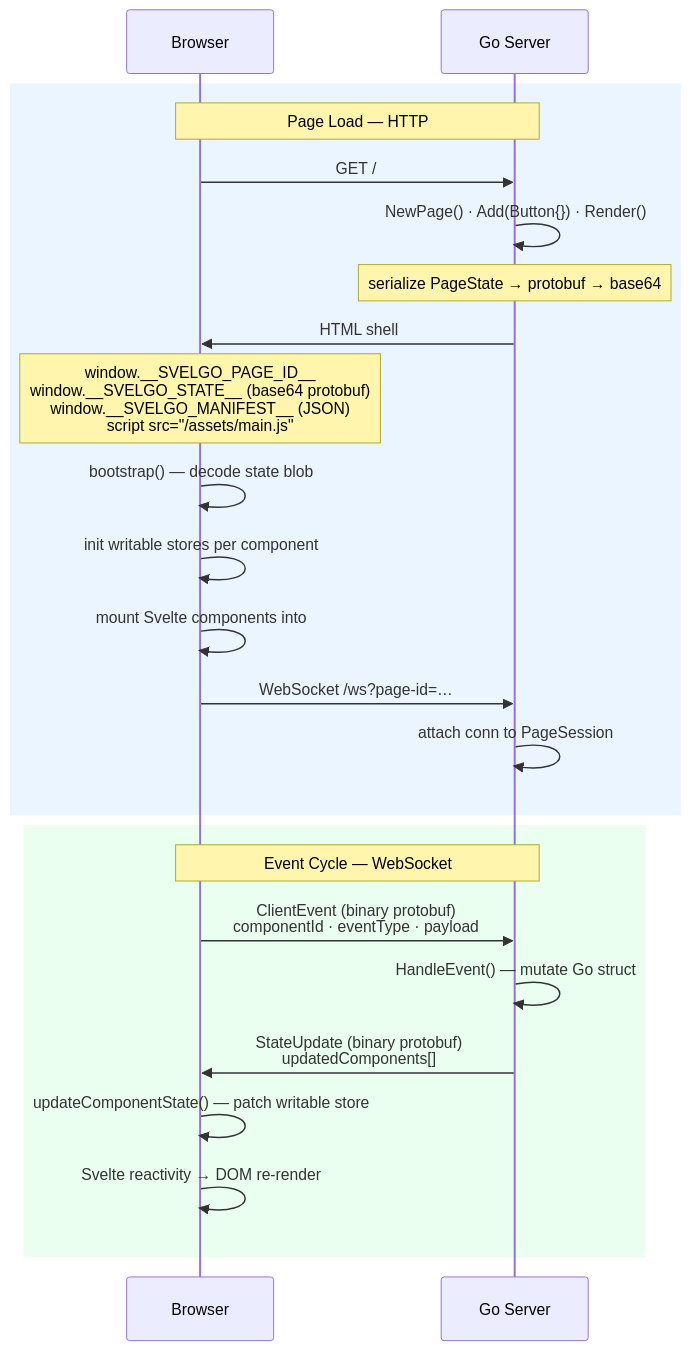
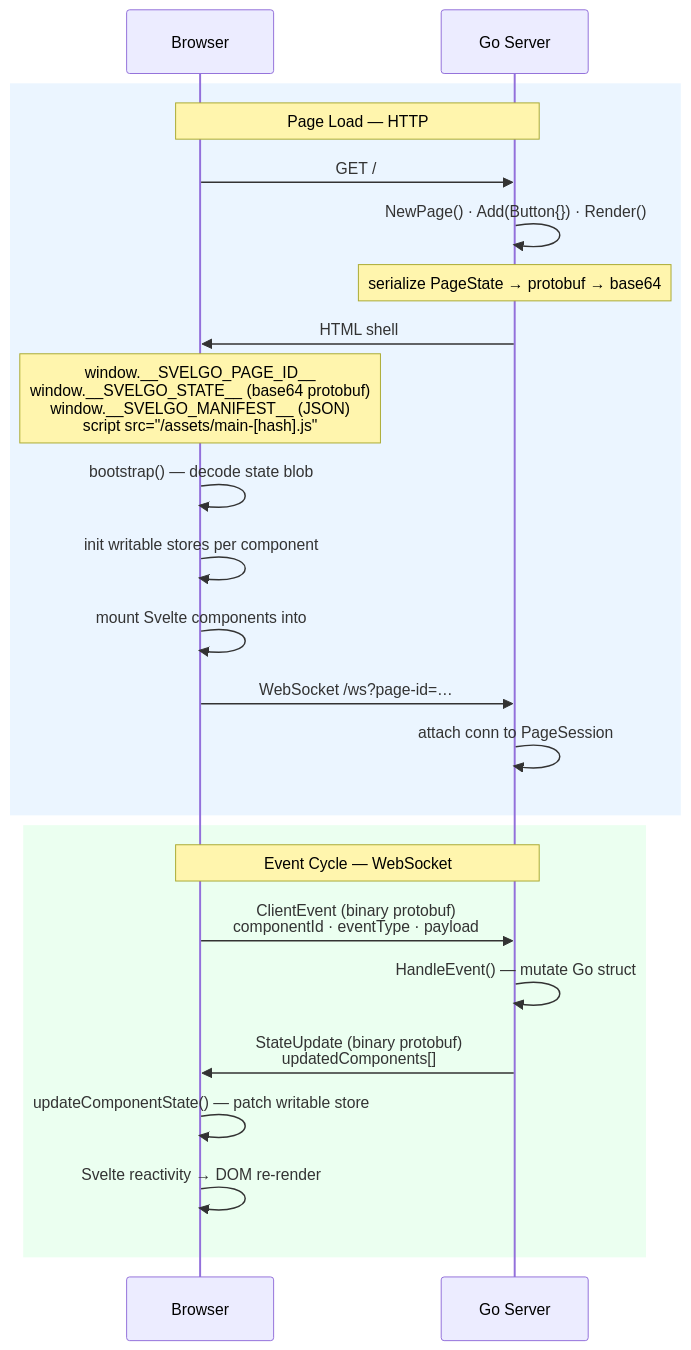
Before and after one commit to hawkhero/SvelGo: the diagram in doc/Overview.md, drawn with Mermaid. The commit also changed other lines of this file and 19 other files, not shown here.

````diff
--- a/doc/Overview.md
+++ b/doc/Overview.md
@@ -273,28 +281,28 @@
 ```mermaid
 sequenceDiagram
     participant B as Browser
     participant G as Go Server
 
     rect rgb(235, 245, 255)
         Note over B,G: Page Load — HTTP
         B->>G: GET /
         G->>G: NewPage() · Add(Button{}) · Render()
         Note over G: serialize PageState → protobuf → base64
         G->>B: HTML shell
-        Note over B: window.__SVELGO_PAGE_ID__<br/>window.__SVELGO_STATE__  (base64 protobuf)<br/>window.__SVELGO_MANIFEST__ (JSON)<br/>script src="/assets/main.js"
+        Note over B: window.__SVELGO_PAGE_ID__<br/>window.__SVELGO_STATE__  (base64 protobuf)<br/>window.__SVELGO_MANIFEST__ (JSON)<br/>script src="/assets/main-[hash].js"
         B->>B: bootstrap() — decode state blob
         B->>B: init writable stores per component
         B->>B: mount Svelte components into #svelgo-root
         B->>G: WebSocket /ws?page-id=…
         G->>G: attach conn to PageSession
     end
 
     rect rgb(235, 255, 240)
         Note over B,G: Event Cycle — WebSocket
         B->>G: ClientEvent (binary protobuf)<br/>componentId · eventType · payload
         G->>G: HandleEvent() — mutate Go struct
         G->>B: StateUpdate (binary protobuf)<br/>updatedComponents[]
         B->>B: updateComponentState() — patch writable store
         B->>B: Svelte reactivity → DOM re-render
     end
 ```
````
